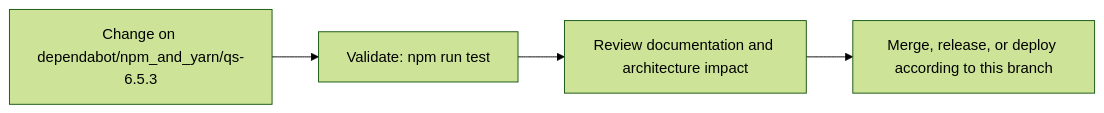
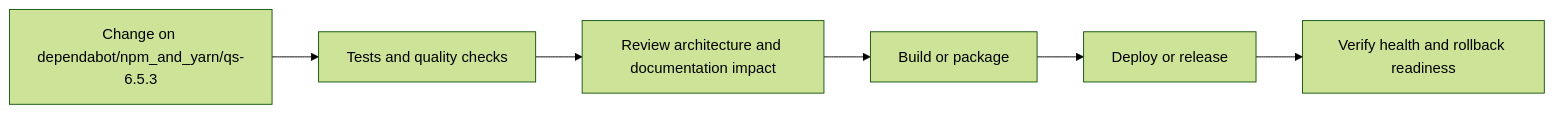
The fourth of 5 diagrams in README.md (Nischhalsubba/Sourcement), drawn with Mermaid (forest theme) before and after one commit. The commit also changed other lines of this file, not shown here.

````diff
--- a/README.md
+++ b/README.md
@@ -63,8 +133,8 @@
 ```mermaid
 flowchart LR
-    CHANGE["Change on dependabot/npm_and_yarn/qs-6.5.3"]
-    CHECK["Validate: npm run test"]
-    REVIEW["Review documentation and architecture impact"]
-    RELEASE["Merge, release, or deploy according to this branch"]
-    CHANGE --> CHECK --> REVIEW --> RELEASE
+    CHANGE["Change on dependabot/npm_and_yarn/qs-6.5.3"] --> CHECK["Tests and quality checks"]
+    CHECK --> REVIEW["Review architecture and documentation impact"]
+    REVIEW --> BUILD["Build or package"]
+    BUILD --> DEPLOY["Deploy or release"]
+    DEPLOY --> VERIFY["Verify health and rollback readiness"]
 ```
````
